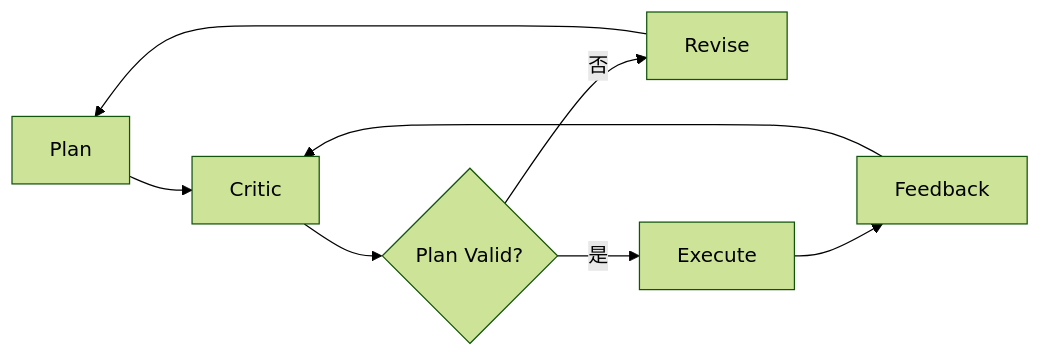
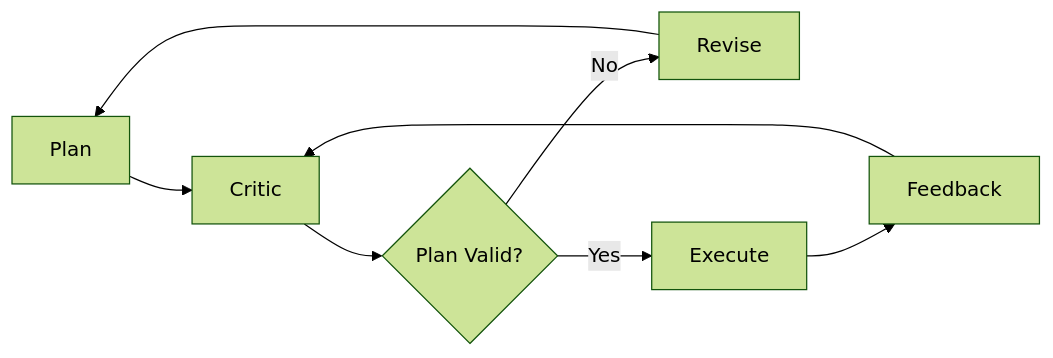
Before and after one commit to oneleaveknowsthefall/awesome-ai-roadmap: diagram 12 of 17 in docs/agent/02-reasoning-planning/11-llm-agent-planning.md, drawn with Mermaid (forest theme). The commit also changed other lines of this file and 68 other files, not shown here.

````diff
--- a/docs/agent/02-reasoning-planning/11-llm-agent-planning.md
+++ b/docs/agent/02-reasoning-planning/11-llm-agent-planning.md
@@ -595,10 +595,10 @@
 ```mermaid
 flowchart LR
     P[Plan] --> C[Critic]
     C --> V{Plan Valid?}
-    V -->|否| R[Revise]
+    V -->|No| R[Revise]
     R --> P
-    V -->|是| E[Execute]
+    V -->|Yes| E[Execute]
     E --> F[Feedback]
     F --> C
 ```
````
